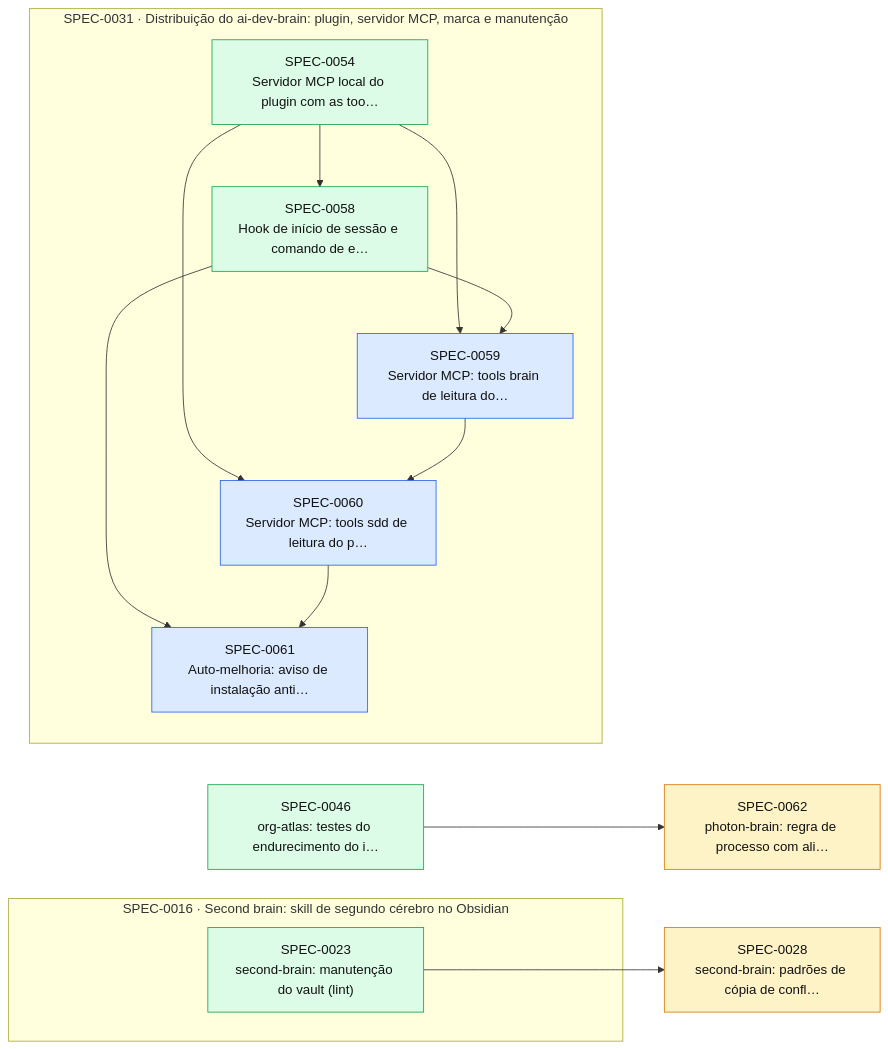
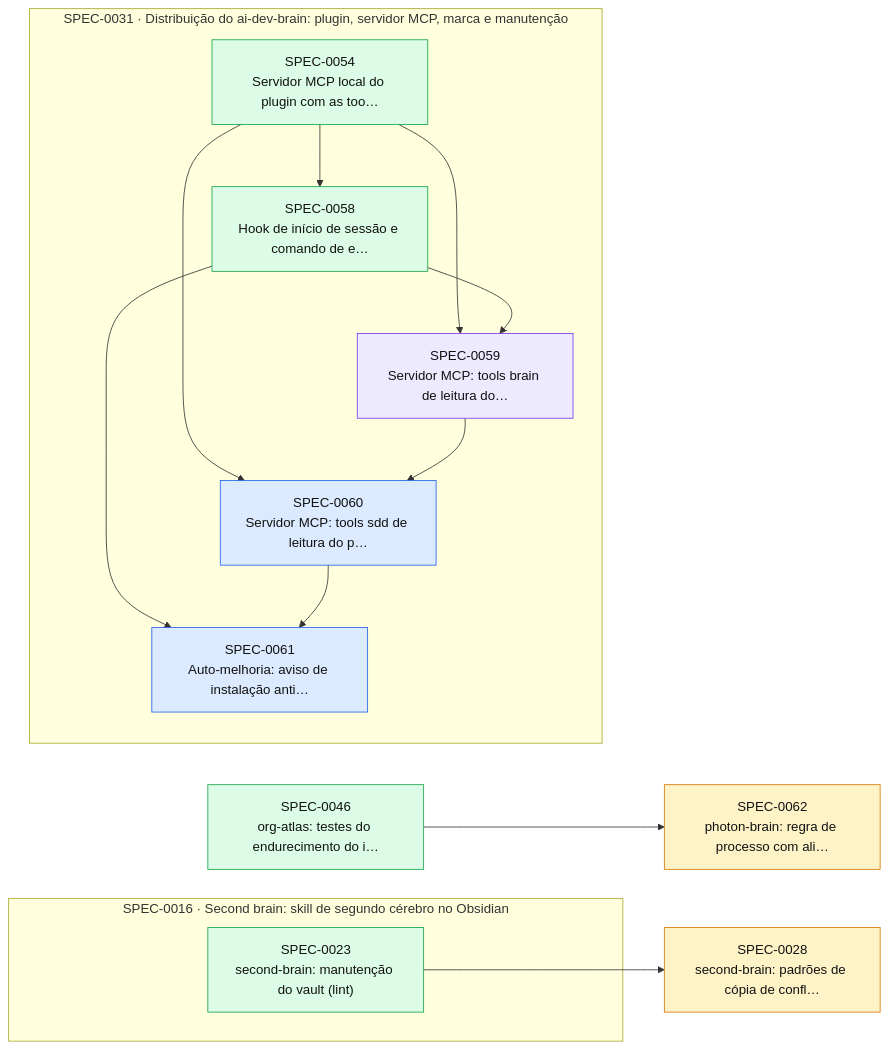
The diagram in docs/specs/INDEX.md (thomasravache/ai-dev-brain), drawn with Mermaid before and after one commit. The commit also changed other lines of this file and 1 other file, not shown here.

First line of the commit message:
docs(specs): PLAN da SPEC-0059

````diff
--- a/docs/specs/INDEX.md
+++ b/docs/specs/INDEX.md
@@ -52,30 +52,30 @@
 ```mermaid
 flowchart LR
   S0028["SPEC-0028<br/>second-brain: padrões de cópia de confl…"]:::proposed
   S0046["SPEC-0046<br/>org-atlas: testes do endurecimento do i…"]:::implemented
   S0062["SPEC-0062<br/>photon-brain: regra de processo com ali…"]:::proposed
   subgraph E0016["SPEC-0016 · Second brain: skill de segundo cérebro no Obsidian"]
     S0023["SPEC-0023<br/>second-brain: manutenção do vault (lint)"]:::implemented
   end
   subgraph E0031["SPEC-0031 · Distribuição do ai-dev-brain: plugin, servidor MCP, marca e manutenção"]
     S0054["SPEC-0054<br/>Servidor MCP local do plugin com as too…"]:::implemented
     S0058["SPEC-0058<br/>Hook de início de sessão e comando de e…"]:::implemented
-    S0059["SPEC-0059<br/>Servidor MCP: tools brain de leitura do…"]:::approved
+    S0059["SPEC-0059<br/>Servidor MCP: tools brain de leitura do…"]:::inprogress
     S0060["SPEC-0060<br/>Servidor MCP: tools sdd de leitura do p…"]:::approved
     S0061["SPEC-0061<br/>Auto-melhoria: aviso de instalação anti…"]:::approved
   end
   S0023 --> S0028
   S0054 --> S0058
   S0054 --> S0059
   S0058 --> S0059
   S0054 --> S0060
   S0059 --> S0060
   S0058 --> S0061
   S0060 --> S0061
   S0046 --> S0062
   classDef proposed fill:#fef3c7,stroke:#d97706,color:#111
   classDef approved fill:#dbeafe,stroke:#2563eb,color:#111
   classDef inprogress fill:#ede9fe,stroke:#7c3aed,color:#111
   classDef implemented fill:#dcfce7,stroke:#16a34a,color:#111
   classDef deprecated fill:#f3f4f6,stroke:#9ca3af,color:#6b7280
 ```
````
